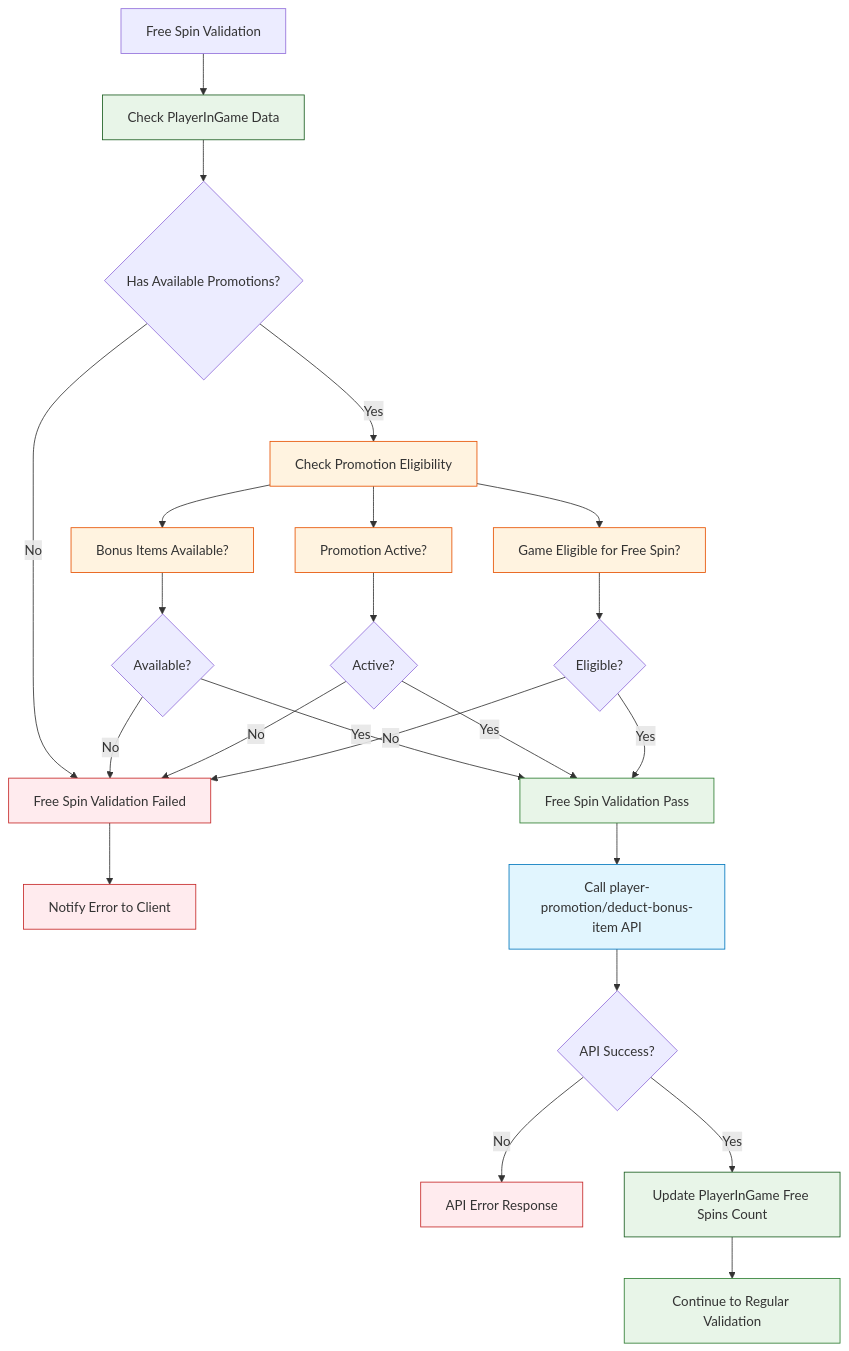
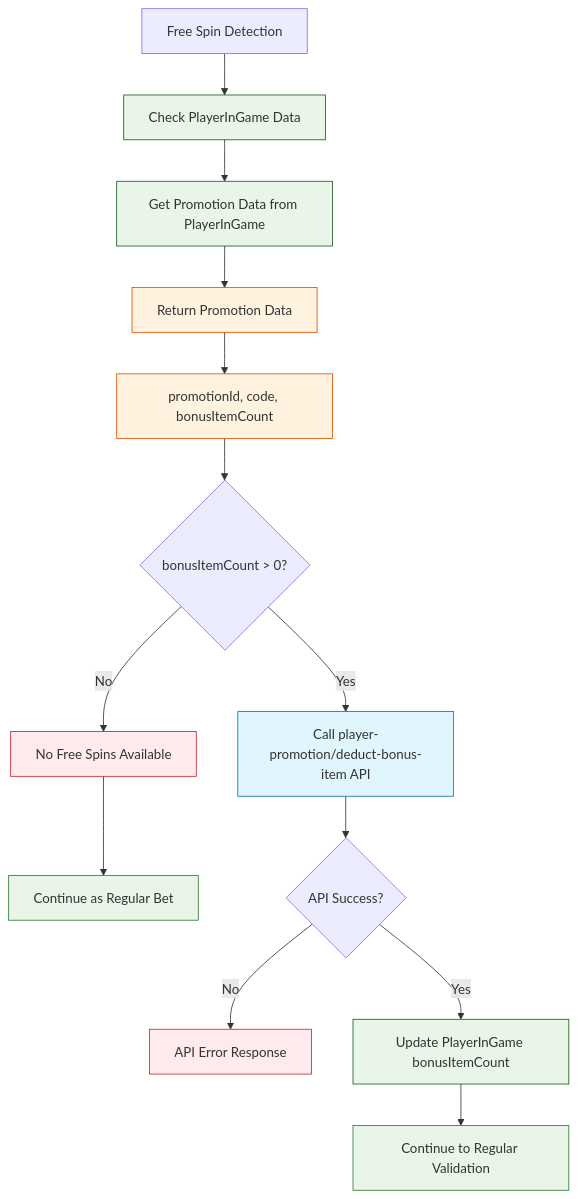
One commit to starixvn/l1_sc-packages_sc-game-base changed the fourth of 9 diagrams in diagrams/place-bet-flow-diagram.md. Above: the diagram before and after it, drawn with Mermaid. The commit also changed other lines of this file and 2 other files, not shown here.

Commit message:
docs: update promotion diagram

````diff
--- a/diagrams/place-bet-flow-diagram.md
+++ b/diagrams/place-bet-flow-diagram.md
@@ -103,44 +102,30 @@
 ```mermaid
 flowchart TD
-    FreeSpinValidation[Free Spin Validation] --> CheckPlayerData[Check PlayerInGame Data]
-    CheckPlayerData --> HasPromotions{Has Available Promotions?}
+    FreeSpinDetection[Free Spin Detection] --> CheckPlayerData[Check PlayerInGame Data]
+    CheckPlayerData --> GetPromotionData[Get Promotion Data from PlayerInGame]
 
-    HasPromotions -->|No| ValidationFail[Free Spin Validation Failed]
-    HasPromotions -->|Yes| CheckEligibility[Check Promotion Eligibility]
+        GetPromotionData --> PromotionData[Return Promotion Data]
+    PromotionData --> ShowData[promotionId, code, bonusItemCount]
+    ShowData --> HasBonusItems{bonusItemCount > 0?}
+    HasBonusItems -->|No| NoFreeSpins[No Free Spins Available]
+    HasBonusItems -->|Yes| DeductAPI[Call player-promotion/deduct-bonus-item API]
 
-    CheckEligibility --> BonusCheck[Bonus Items Available?]
-    CheckEligibility --> PromotionCheck[Promotion Active?]
-    CheckEligibility --> GameEligible[Game Eligible for Free Spin?]
-
-    BonusCheck --> BonusResult{Available?}
-    PromotionCheck --> PromotionResult{Active?}
-    GameEligible --> EligibleResult{Eligible?}
-
-    BonusResult -->|No| ValidationFail
-    PromotionResult -->|No| ValidationFail
-    EligibleResult -->|No| ValidationFail
-
-    BonusResult -->|Yes| ValidationPass[Free Spin Validation Pass]
-    PromotionResult -->|Yes| ValidationPass
-    EligibleResult -->|Yes| ValidationPass
-
-    ValidationFail --> NotifyError[Notify Error to Client]
-    ValidationPass --> DeductAPI[Call player-promotion/deduct-bonus-item API]
+    NoFreeSpins --> RegularBetFlow[Continue as Regular Bet]
 
     DeductAPI --> DeductResult{API Success?}
     DeductResult -->|No| APIError[API Error Response]
-    DeductResult -->|Yes| UpdatePlayerData[Update PlayerInGame Free Spins Count]
+    DeductResult -->|Yes| UpdatePlayerData[Update PlayerInGame bonusItemCount]
     UpdatePlayerData --> RegularValidation[Continue to Regular Validation]
 
     classDef dataStyle fill:#e8f5e8,stroke:#1b5e20
     classDef apiStyle fill:#e1f5fe,stroke:#0277bd
-    classDef validationStyle fill:#fff3e0,stroke:#e65100
+    classDef promotionStyle fill:#fff3e0,stroke:#e65100
     classDef errorStyle fill:#ffebee,stroke:#c62828
     classDef successStyle fill:#e8f5e8,stroke:#2e7d32
 
-    class CheckPlayerData,UpdatePlayerData dataStyle
+    class CheckPlayerData,GetPromotionData,UpdatePlayerData dataStyle
     class DeductAPI apiStyle
-    class BonusCheck,PromotionCheck,GameEligible,CheckEligibility validationStyle
-    class ValidationFail,NotifyError,APIError errorStyle
-    class ValidationPass,RegularValidation successStyle
+    class PromotionData,ShowData promotionStyle
+    class APIError,NoFreeSpins errorStyle
+    class RegularValidation,RegularBetFlow successStyle
 ```
````
